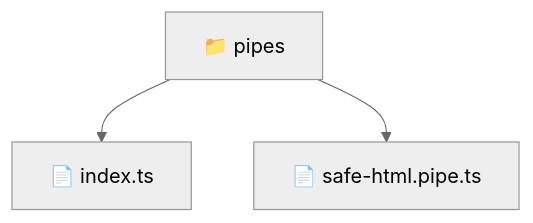
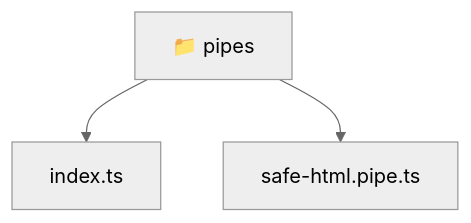
One commit to beginwebdev2002/fullstack-mavluda changed the diagram in frontend/src/shared/pipes/README.md. Above: the diagram before and after it, drawn with Mermaid (neutral theme). The commit also changed other lines of this file and 167 other files, not shown here.

````diff
--- a/frontend/src/shared/pipes/README.md
+++ b/frontend/src/shared/pipes/README.md
@@ -11,6 +11,8 @@
 ```mermaid
 graph TD
-  Root["📁 pipes"]
-  Root --> index_ts["📄 index.ts"]
-  Root --> safe_html_pipe_ts["📄 safe-html.pipe.ts"]
+  Root_pipes["📁 pipes"]
+  f_index_ts["index.ts"]
+  Root_pipes --> f_index_ts
+  f_safe_html_pipe_ts["safe-html.pipe.ts"]
+  Root_pipes --> f_safe_html_pipe_ts
 ```
````
